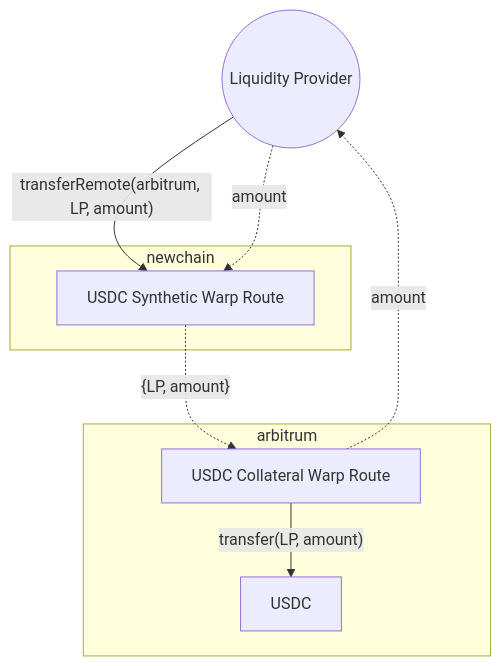
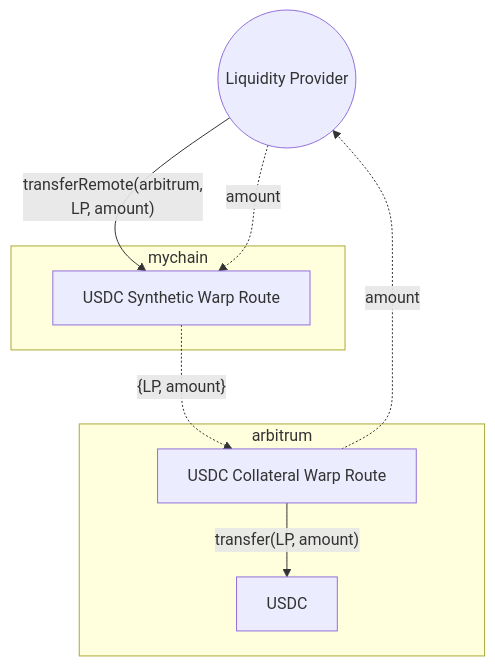
The fourth of 5 diagrams in docs/guides/multicollateral-warp-route.mdx (hyperlane-xyz/v3-docs), drawn with Mermaid before and after one commit. The commit also changed other lines of this file, not shown here.

````diff
--- a/docs/guides/multicollateral-warp-route.mdx
+++ b/docs/guides/multicollateral-warp-route.mdx
@@ -130,20 +132,20 @@
 ```mermaid
 flowchart
 	LP((Liquidity Provider))
 
 	subgraph arbitrum
 		AWR[USDC Collateral Warp Route]
 		AUSDC[USDC]
 	end
 
-	subgraph newchain
+	subgraph mychain
 		MWR[USDC Synthetic Warp Route]
 	end
 
-	LP -- "transferRemote(arbitrum, LP, amount)" --> MWR
+	LP -- "transferRemote(arbitrum,<br>LP, amount)" --> MWR
 	LP -. "amount" .-> MWR
 
 	MWR -. "{LP, amount}" .-> AWR
 	AWR -- "transfer(LP, amount)" --> AUSDC
 	AWR -. "amount" .-> LP
 ```
````
